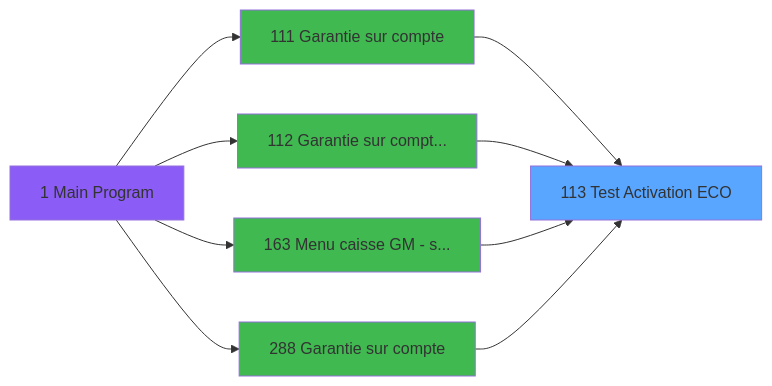
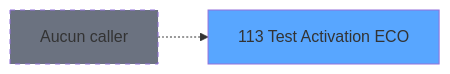
The second of 3 diagrams in .openspec/specs/ADH-IDE-113.md (thonyAGP/magic-migration), drawn with Mermaid before and after one commit. The commit also changed other lines of this file and 311 other files, not shown here.

````diff
--- a/.openspec/specs/ADH-IDE-113.md
+++ b/.openspec/specs/ADH-IDE-113.md
@@ -163,23 +142,8 @@
 ```mermaid
 graph LR
     T113[113 Test Activation ECO]
     style T113 fill:#58a6ff
-    CC1[1 Main Program]
-    style CC1 fill:#8b5cf6
-    CC288[288 Garantie sur compte]
-    style CC288 fill:#3fb950
-    CC111[111 Garantie sur compte]
-    style CC111 fill:#3fb950
-    CC112[112 Garantie sur compt...]
-    style CC112 fill:#3fb950
-    CC163[163 Menu caisse GM - s...]
-    style CC163 fill:#3fb950
-    CC1 --> CC111
-    CC1 --> CC112
-    CC1 --> CC163
-    CC1 --> CC288
-    CC111 --> T113
-    CC112 --> T113
-    CC163 --> T113
-    CC288 --> T113
+    NONE[Aucun caller]
+    NONE -.-> T113
+    style NONE fill:#6b7280,stroke-dasharray: 5 5
 ```
````
